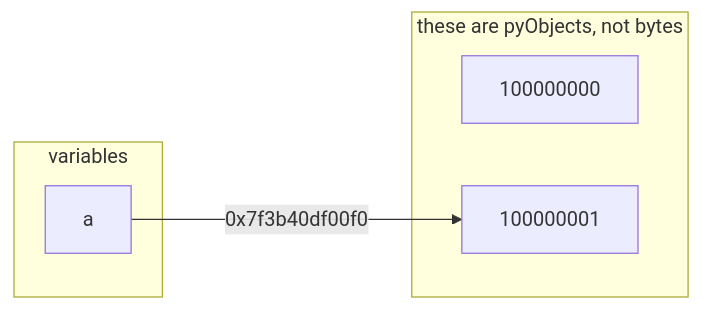
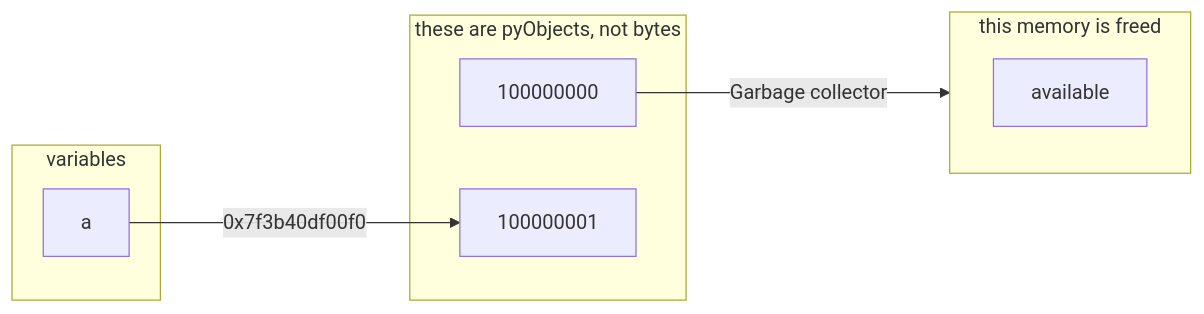
The diagram in _lectures/1.2-compound.md (GAMR1520/GAMR1520), drawn with Mermaid before and after one commit.

Commit message:
show garbage collection

```diff
--- a/_lectures/1.2-compound.md
+++ b/_lectures/1.2-compound.md
@@ -121,12 +121,15 @@
     <div class="mermaid">
     flowchart LR;
     subgraph variables
         a
     end
     subgraph objects ["these are pyObjects, not bytes"]
         100000000
         100000001
     end
-
+    subgraph gc ["this memory is freed"]
+        available
+    end
     a-- 0x7f3b40df00f0 --->100000001
+    100000000-- "Garbage collector" --->gc
     </div>
```
